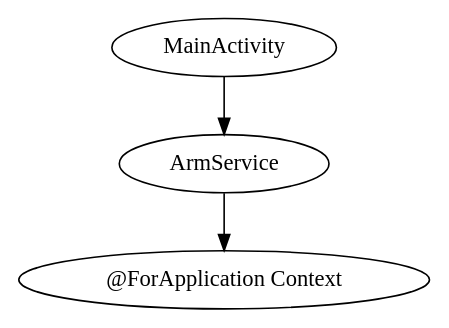
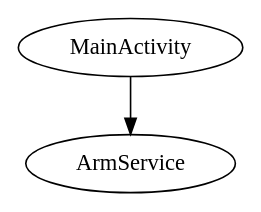
One commit to m00sey/DaggerContextSample changed the diagram in DaggerSampleApp/build/classes/debug/com/example/daggersampleapp/DSAModule.dot. Above: the diagram before and after it, drawn with Graphviz. The commit also changed 15 other files, not shown here.

```diff
--- a/DaggerSampleApp/build/classes/debug/com/example/daggersampleapp/DSAModule.dot
+++ b/DaggerSampleApp/build/classes/debug/com/example/daggersampleapp/DSAModule.dot
@@ -1,6 +1,4 @@
 digraph G1 {
   concentrate = true;
-  n2 [label="@ForApplication Context"];
-  ArmService -> n2;
   MainActivity -> ArmService;
 }
```
